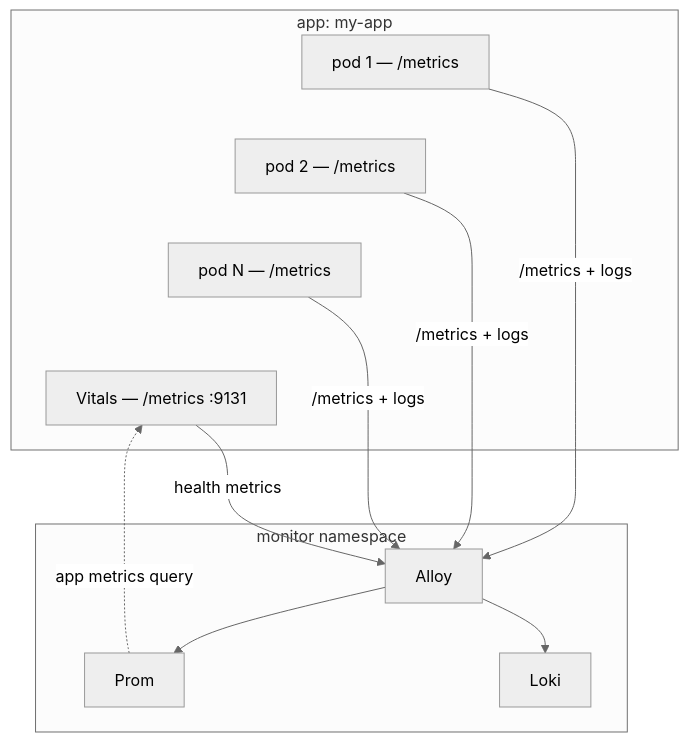
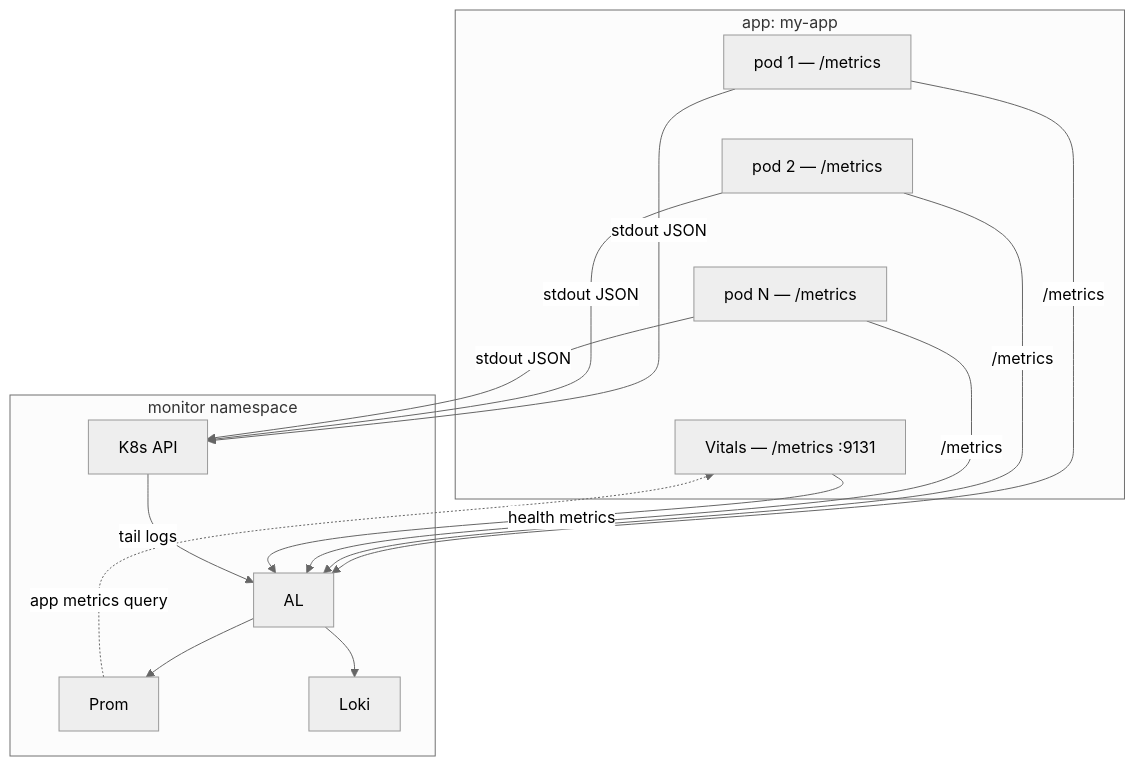
The diagram in docs/reference/patterns/observability-contract.md (Kord96/kordinate), drawn with Mermaid (neutral theme) before and after one commit.

Commit message:
docs: separate metrics and log paths in contract diagram [scribe]
Metrics: pods → Alloy (scrape). Logs: pods → K8s API → Alloy (tail).
Shows the two collection mechanisms explicitly instead of lumping
them into one arrow.

````diff
--- a/docs/reference/patterns/observability-contract.md
+++ b/docs/reference/patterns/observability-contract.md
@@ -7,18 +7,20 @@
 ```mermaid
 flowchart TB
     subgraph app["app: my-app"]
         P1[pod 1 — /metrics]
         P2[pod 2 — /metrics]
         PN[pod N — /metrics]
         VIT[Vitals — /metrics :9131]
         P1 ~~~ P2 ~~~ PN ~~~ VIT
     end
 
-    P1 & P2 & PN -->|/metrics + logs| AL
+    P1 & P2 & PN -->|/metrics| AL
+    P1 & P2 & PN -->|stdout JSON| K8S
     VIT -->|health metrics| AL
     PR -.->|app metrics query| VIT
 
     subgraph mon[monitor namespace]
-        AL[Alloy] --> PR[Prom] & LK[Loki]
+        K8S[K8s API] -->|tail logs| AL
+        AL --> PR[Prom] & LK[Loki]
     end
 ```
````
